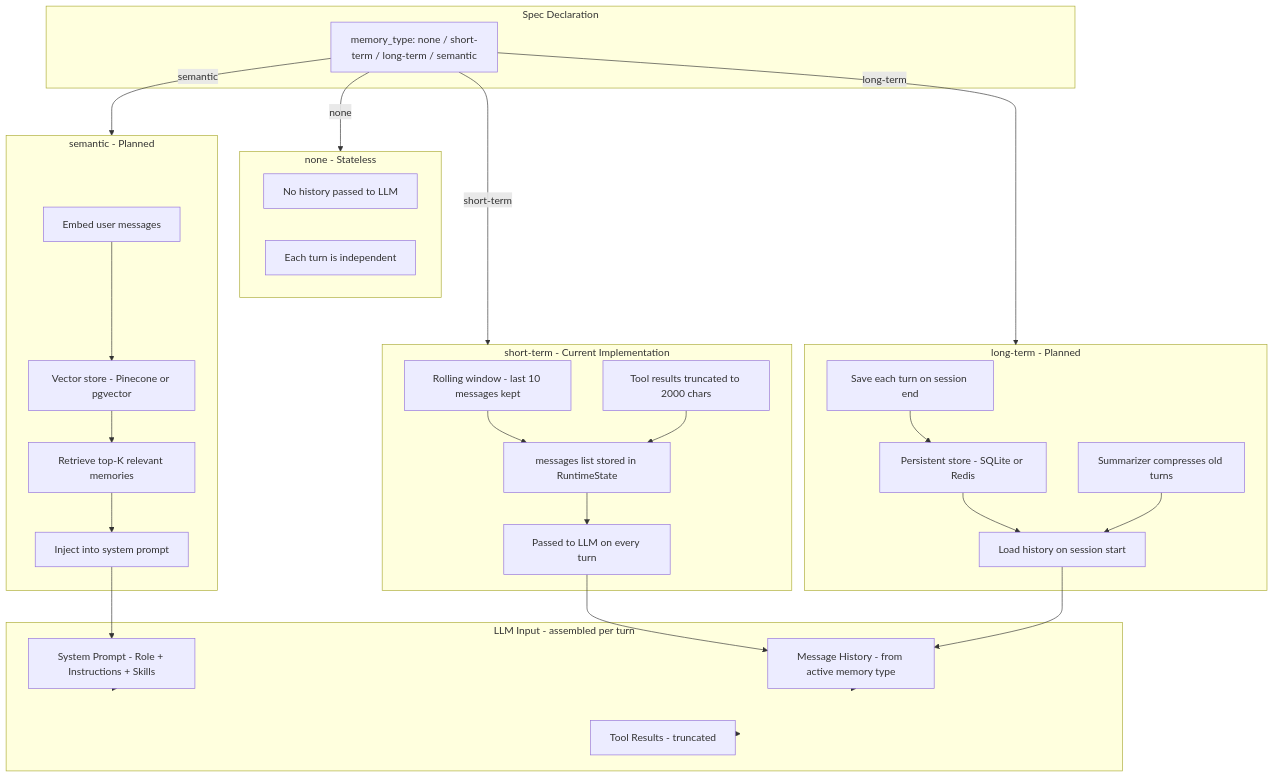
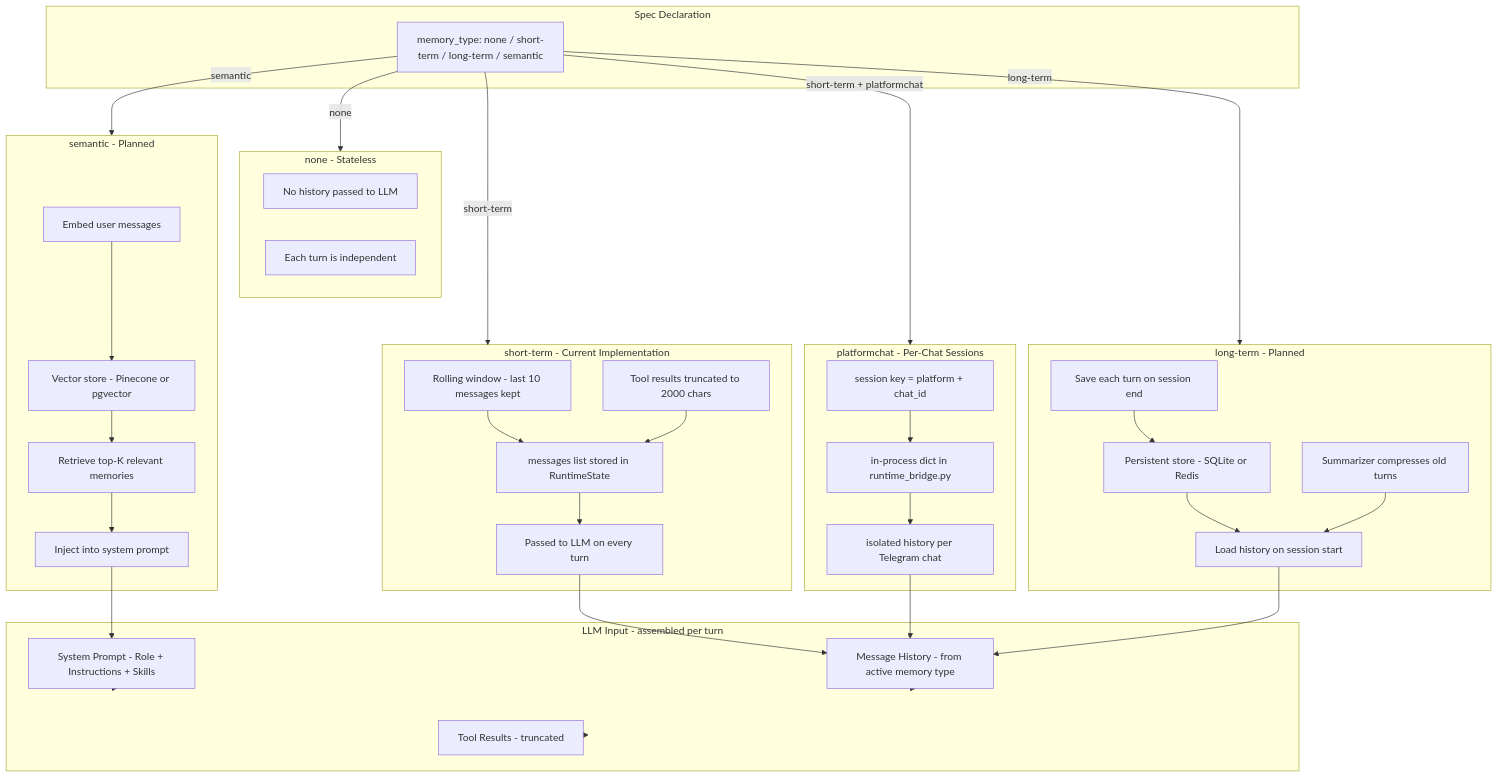
One commit to RukshanRanasinghe2000/AgentFactory-CLI changed the seventh of 7 diagrams in af_application/docs/architecture.md. Above: the diagram before and after it, drawn with Mermaid. The commit also changed other lines of this file and 7 other files, not shown here.

Commit message:
feat: add Telegram platformchat support, af_cli validator integration, and serve command

````diff
--- a/af_application/docs/architecture.md
+++ b/af_application/docs/architecture.md
@@ -119,60 +152,70 @@
 ```mermaid
 graph TD
     subgraph DECL["Spec Declaration"]
         MT["memory_type: none / short-term / long-term / semantic"]
     end
 
     subgraph NONE["none - Stateless"]
         N1[No history passed to LLM]
         N2[Each turn is independent]
     end
 
     subgraph ST["short-term - Current Implementation"]
         S1[Rolling window - last 10 messages kept]
         S2[Tool results truncated to 2000 chars]
         S3[messages list stored in RuntimeState]
         S4[Passed to LLM on every turn]
         S1 --> S3
         S2 --> S3
         S3 --> S4
+    end
+
+    subgraph PLAT["platformchat - Per-Chat Sessions"]
+        PC1[session key = platform + chat_id]
+        PC2[in-process dict in runtime_bridge.py]
+        PC3[isolated history per Telegram chat]
+        PC1 --> PC2
+        PC2 --> PC3
     end
 
     subgraph LT["long-term - Planned"]
         L1[Persistent store - SQLite or Redis]
         L2[Load history on session start]
         L3[Save each turn on session end]
         L4[Summarizer compresses old turns]
         L1 --> L2
         L3 --> L1
         L4 --> L2
     end
 
     subgraph SEM["semantic - Planned"]
         V1[Embed user messages]
         V2[Vector store - Pinecone or pgvector]
         V3[Retrieve top-K relevant memories]
         V4[Inject into system prompt]
         V1 --> V2
         V2 --> V3
         V3 --> V4
     end
 
     subgraph LLM_IN["LLM Input - assembled per turn"]
         P1[System Prompt - Role + Instructions + Skills]
         P2[Message History - from active memory type]
         P3[Tool Results - truncated]
     end
 
     MT -->|none| NONE
     MT -->|short-term| ST
+    MT -->|short-term + platformchat| PLAT
     MT -->|long-term| LT
     MT -->|semantic| SEM
 
     S4 --> P2
+    PC3 --> P2
     L2 --> P2
     V4 --> P1
 
     P1 --> LLM_IN
     P2 --> LLM_IN
     P3 --> LLM_IN
 ```
````
